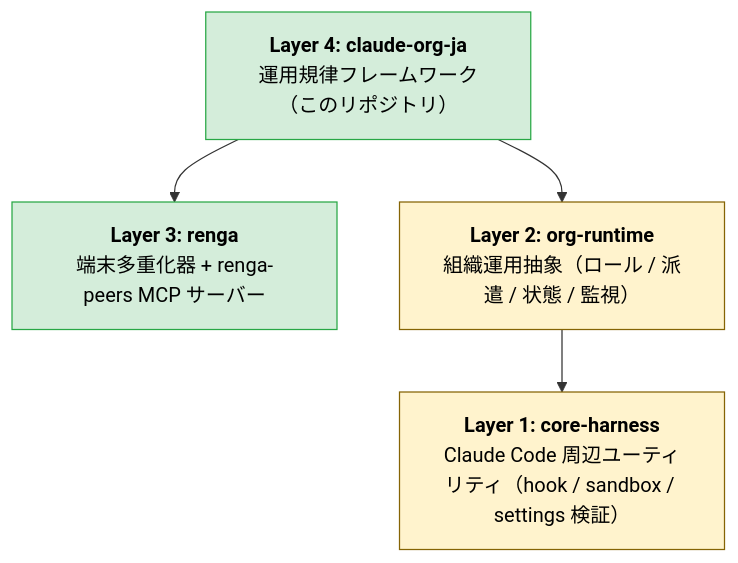
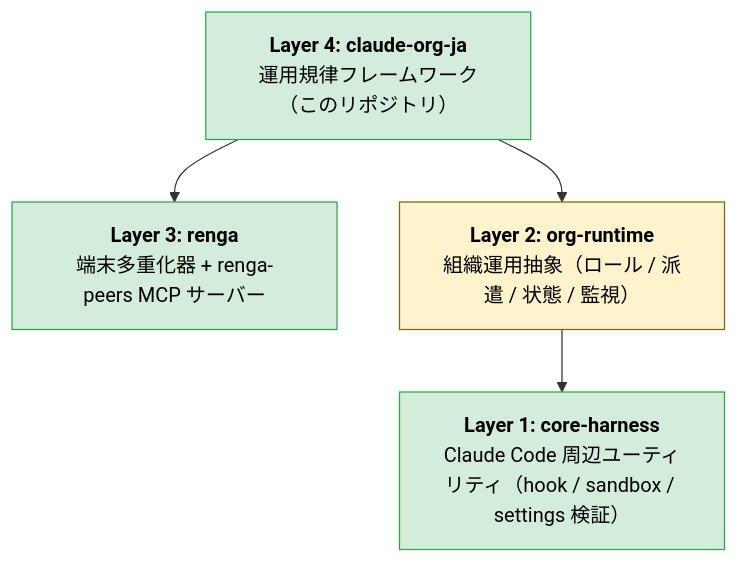
One commit to suisya-systems/claude-org-ja changed the diagram in README.md. Above: the diagram before and after it, drawn with Mermaid. The commit also changed other lines of this file, not shown here.

Commit message:
chore(readme): reflect Phase 3 / Layer 1 (core-harness v0.3.1) shipping status

````diff
--- a/README.md
+++ b/README.md
@@ -26,16 +26,16 @@
 ```mermaid
 flowchart TD
     L4["<b>Layer 4: claude-org-ja</b><br/>運用規律フレームワーク（このリポジトリ）"]
     L3["<b>Layer 3: renga</b><br/>端末多重化器 + renga-peers MCP サーバー"]
     L2["<b>Layer 2: org-runtime</b><br/>組織運用抽象（ロール / 派遣 / 状態 / 監視）"]
     L1["<b>Layer 1: core-harness</b><br/>Claude Code 周辺ユーティリティ（hook / sandbox / settings 検証）"]
 
     L4 --> L3
     L4 --> L2
     L2 --> L1
 
     classDef shipped fill:#d4edda,stroke:#28a745,color:#000
     classDef planned fill:#fff3cd,stroke:#856404,color:#000
-    class L4,L3 shipped
-    class L2,L1 planned
+    class L4,L3,L1 shipped
+    class L2 planned
 ```
````
